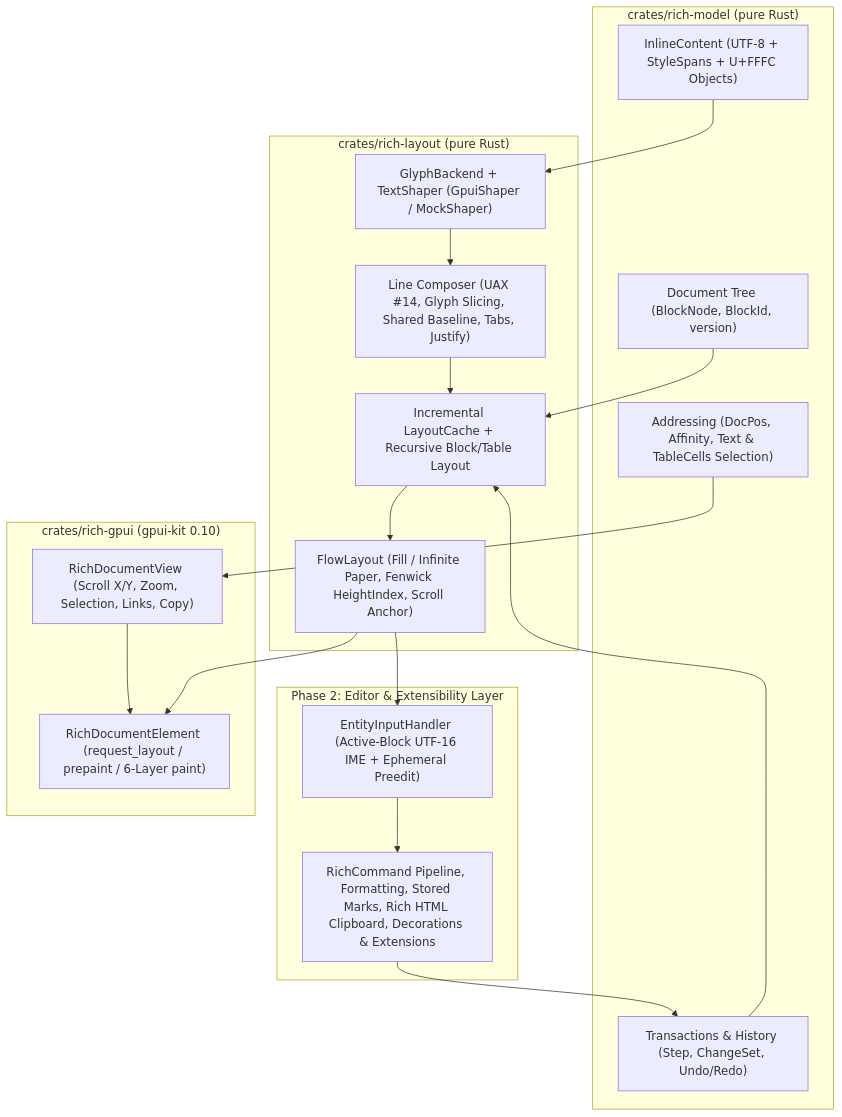
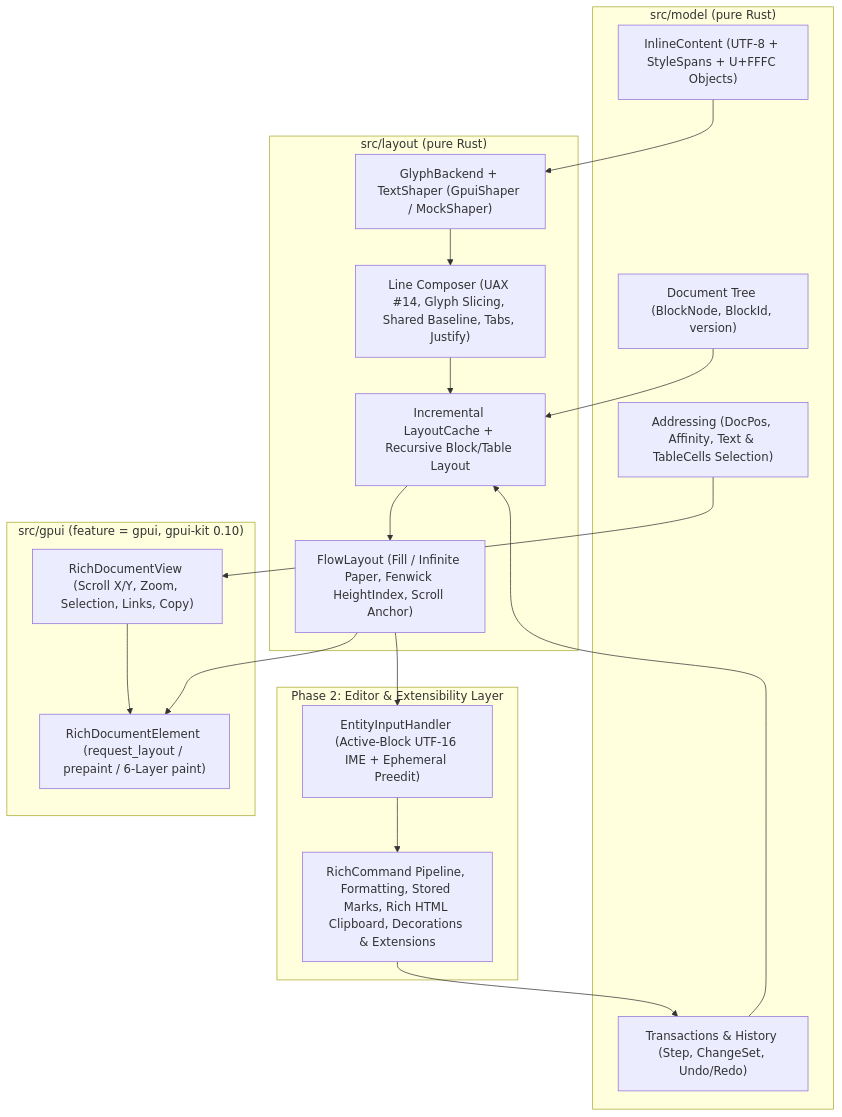
The diagram in ARCHITECTURE.md (al-ula/gpui-rich), drawn with Mermaid before and after one commit. The commit also changed other lines of this file and 89 other files, not shown here.

First line of the commit message:
Restructure workspace into single gpui-rich crate with AGENTS.md module layout

````diff
--- a/ARCHITECTURE.md
+++ b/ARCHITECTURE.md
@@ -25,39 +25,39 @@
 ```mermaid
 flowchart TD
-    subgraph Model["crates/rich-model (pure Rust)"]
+    subgraph Model["src/model (pure Rust)"]
         Doc["Document Tree (BlockNode, BlockId, version)"]
         Inline["InlineContent (UTF-8 + StyleSpans + U+FFFC Objects)"]
         Sel["Addressing (DocPos, Affinity, Text & TableCells Selection)"]
         Tx["Transactions & History (Step, ChangeSet, Undo/Redo)"]
     end
 
-    subgraph Layout["crates/rich-layout (pure Rust)"]
+    subgraph Layout["src/layout (pure Rust)"]
         Shaper["GlyphBackend + TextShaper (GpuiShaper / MockShaper)"]
         Line["Line Composer (UAX #14, Glyph Slicing, Shared Baseline, Tabs, Justify)"]
         Cache["Incremental LayoutCache + Recursive Block/Table Layout"]
         Flow["FlowLayout (Fill / Infinite Paper, Fenwick HeightIndex, Scroll Anchor)"]
     end
 
-    subgraph Render["crates/rich-gpui (gpui-kit 0.10)"]
+    subgraph Render["src/gpui (feature = gpui, gpui-kit 0.10)"]
         View["RichDocumentView (Scroll X/Y, Zoom, Selection, Links, Copy)"]
         Elem["RichDocumentElement (request_layout / prepaint / 6-Layer paint)"]
     end
 
     subgraph Phase2["Phase 2: Editor & Extensibility Layer"]
         IME["EntityInputHandler (Active-Block UTF-16 IME + Ephemeral Preedit)"]
         Edit["RichCommand Pipeline, Formatting, Stored Marks, Rich HTML Clipboard, Decorations & Extensions"]
     end
 
     Doc --> Cache
     Inline --> Shaper
     Tx --> Cache
     Shaper --> Line
     Line --> Cache
     Cache --> Flow
     Flow --> Elem
     View --> Elem
     Sel --> View
     IME --> Edit
     Edit --> Tx
     Flow --> IME
 ```
````
